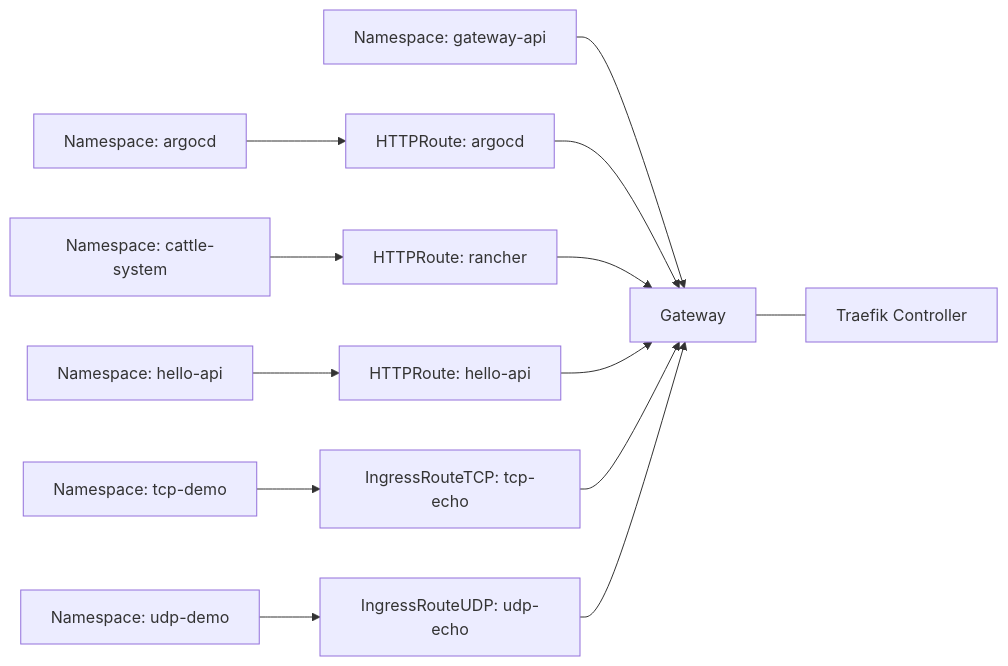
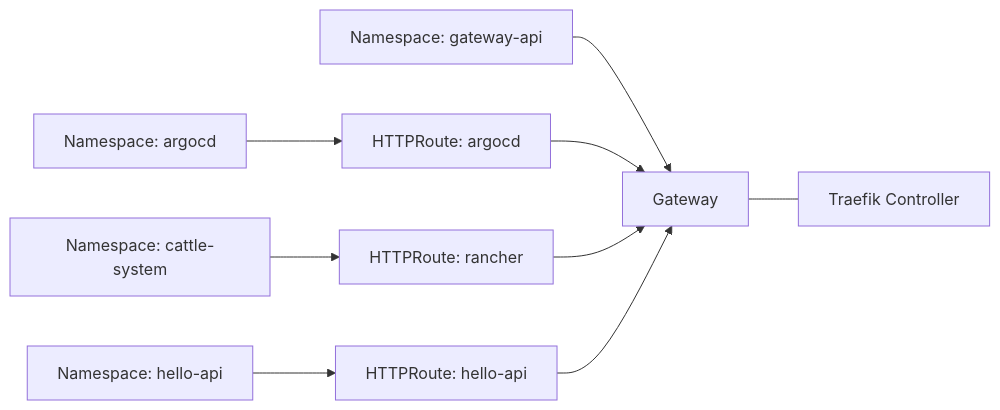
One commit to Hoangvu75/k8s_manifest changed the seventh of 8 diagrams in .qoder/repowiki/en/content/Advanced Topics/Advanced Networking Configurations.md. Above: the diagram before and after it, drawn with Mermaid. The commit also changed other lines of this file and 31 other files, not shown here.

````diff
--- a/.qoder/repowiki/en/content/Advanced Topics/Advanced Networking Configurations.md
+++ b/.qoder/repowiki/en/content/Advanced Topics/Advanced Networking Configurations.md
@@ -321,15 +282,11 @@
 ```mermaid
 graph LR
 NS_GA["Namespace: gateway-api"] --> GW["Gateway"]
 NS_ARGO["Namespace: argocd"] --> HR_ARGO["HTTPRoute: argocd"]
 NS_CATTLE["Namespace: cattle-system"] --> HR_RANCH["HTTPRoute: rancher"]
 NS_HELLO["Namespace: hello-api"] --> HR_HELLO["HTTPRoute: hello-api"]
-NS_TCP["Namespace: tcp-demo"] --> ITCPTCP["IngressRouteTCP: tcp-echo"]
-NS_UDP["Namespace: udp-demo"] --> IUDP["IngressRouteUDP: udp-echo"]
 GW --- TR["Traefik Controller"]
 HR_ARGO --> GW
 HR_RANCH --> GW
 HR_HELLO --> GW
-ITCPTCP --> GW
-IUDP --> GW
 ```
````
